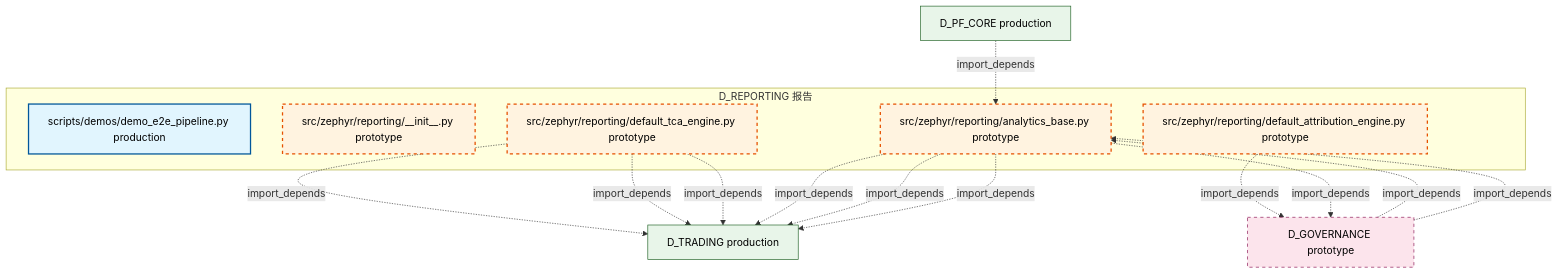
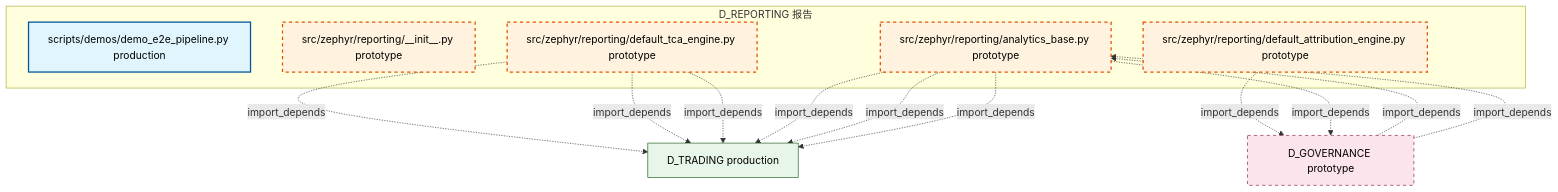
Before and after one commit to xuanFelixVan/ZephyrAlpha: the diagram in docs/02_enterprise_architecture/02_domain_architecture_docs/17_d_reporting.md, drawn with Mermaid. The commit also changed other lines of this file and 105 other files, not shown here.

````diff
--- a/docs/02_enterprise_architecture/02_domain_architecture_docs/17_d_reporting.md
+++ b/docs/02_enterprise_architecture/02_domain_architecture_docs/17_d_reporting.md
@@ -47,32 +47,30 @@
 ```mermaid
 graph TD
     subgraph D_REPORTING["D_REPORTING 报告"]
         scripts_demos_demo_e2e_pipeline_py["scripts/demos/demo_e2e_pipeline.py production"]
         src_zephyr_reporting_init_py["src/zephyr/reporting/__init__.py prototype"]
         src_zephyr_reporting_analytics_base_py["src/zephyr/reporting/analytics_base.py prototype"]
         src_zephyr_reporting_default_attribution_engine_py["src/zephyr/reporting/default_attribution_engine.py prototype"]
         src_zephyr_reporting_default_tca_engine_py["src/zephyr/reporting/default_tca_engine.py prototype"]
     end
     D_GOVERNANCE["D_GOVERNANCE prototype"]
     src_zephyr_reporting_default_attribution_engine_py -.->|import_depends| D_GOVERNANCE
     D_TRADING["D_TRADING production"]
     src_zephyr_reporting_default_tca_engine_py -.->|import_depends| D_TRADING
     src_zephyr_reporting_default_tca_engine_py -.->|import_depends| D_TRADING
     src_zephyr_reporting_default_tca_engine_py -.->|import_depends| D_TRADING
     src_zephyr_reporting_analytics_base_py -.->|import_depends| D_TRADING
     src_zephyr_reporting_analytics_base_py -.->|import_depends| D_TRADING
     src_zephyr_reporting_analytics_base_py -.->|import_depends| D_TRADING
     src_zephyr_reporting_analytics_base_py -.->|import_depends| D_GOVERNANCE
-    D_PF_CORE["D_PF_CORE production"]
-    D_PF_CORE -.->|import_depends| src_zephyr_reporting_analytics_base_py
     D_GOVERNANCE -.->|import_depends| src_zephyr_reporting_analytics_base_py
     D_GOVERNANCE -.->|import_depends| src_zephyr_reporting_analytics_base_py
     classDef production fill:#e1f5fe,stroke:#01579b,stroke-width:2px,color:#000
     classDef design fill:#fff3e0,stroke:#e65100,stroke-width:2px,color:#000,stroke-dasharray: 5 5
     classDef external_prod fill:#e8f5e9,stroke:#1b5e20,stroke-width:1px,color:#000
     classDef external_design fill:#fce4ec,stroke:#880e4f,stroke-width:1px,color:#000,stroke-dasharray: 5 5
     class scripts_demos_demo_e2e_pipeline_py production
     class src_zephyr_reporting_init_py,src_zephyr_reporting_analytics_base_py,src_zephyr_reporting_default_attribution_engine_py,src_zephyr_reporting_default_tca_engine_py design
-    class D_TRADING,D_PF_CORE external_prod
+    class D_TRADING external_prod
     class D_GOVERNANCE external_design
 ```
````
